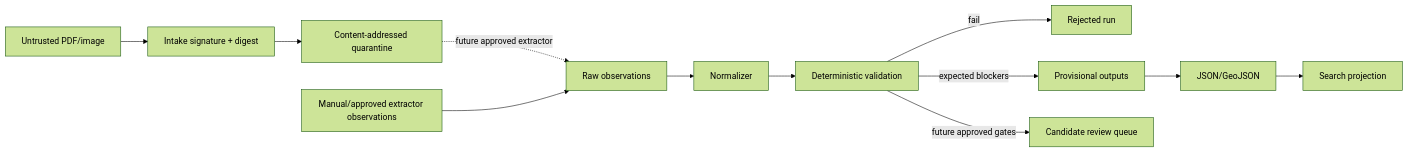
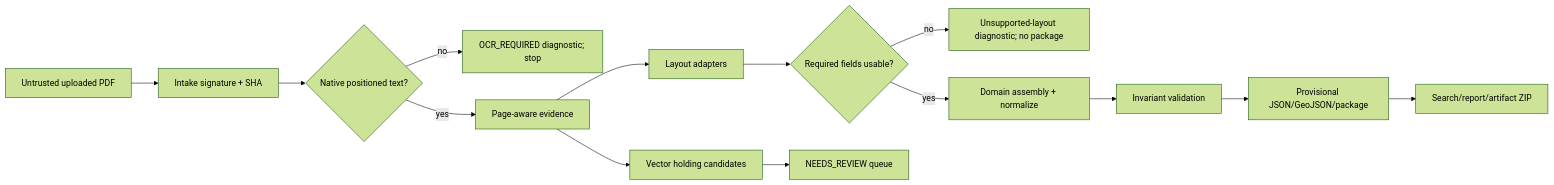
Before and after one commit to yashpatle23/Airport-OCR: the diagram in docs/architecture/POC_DESIGN.md, drawn with Mermaid (forest theme). The commit also changed other lines of this file and 31 other files, not shown here.

Commit message:
feat: generalize airport chart extraction

````diff
--- a/docs/architecture/POC_DESIGN.md
+++ b/docs/architecture/POC_DESIGN.md
@@ -66,14 +55,16 @@
 ```mermaid
 flowchart LR
-    U[Untrusted PDF/image] --> I[Intake signature + digest]
-    I --> Q[Content-addressed quarantine]
-    Q -. future approved extractor .-> O[Raw observations]
-    M[Manual/approved extractor observations] --> O
-    O --> N[Normalizer]
-    N --> V[Deterministic validation]
-    V -->|fail| X[Rejected run]
-    V -->|expected blockers| P[Provisional outputs]
-    V -->|future approved gates| C[Candidate review queue]
-    P --> J[JSON/GeoJSON]
-    J --> S[Search projection]
+  U[Untrusted uploaded PDF] --> I[Intake signature + SHA]
+  I --> T{Native positioned text?}
+  T -->|no| O[OCR_REQUIRED diagnostic; stop]
+  T -->|yes| E[Page-aware evidence]
+  E --> A[Layout adapters]
+  A --> D{Required fields usable?}
+  D -->|no| X[Unsupported-layout diagnostic; no package]
+  D -->|yes| N[Domain assembly + normalize]
+  N --> V[Invariant validation]
+  V --> P[Provisional JSON/GeoJSON/package]
+  E --> H[Vector holding candidates]
+  H --> R[NEEDS_REVIEW queue]
+  P --> S[Search/report/artifact ZIP]
 ```
````
